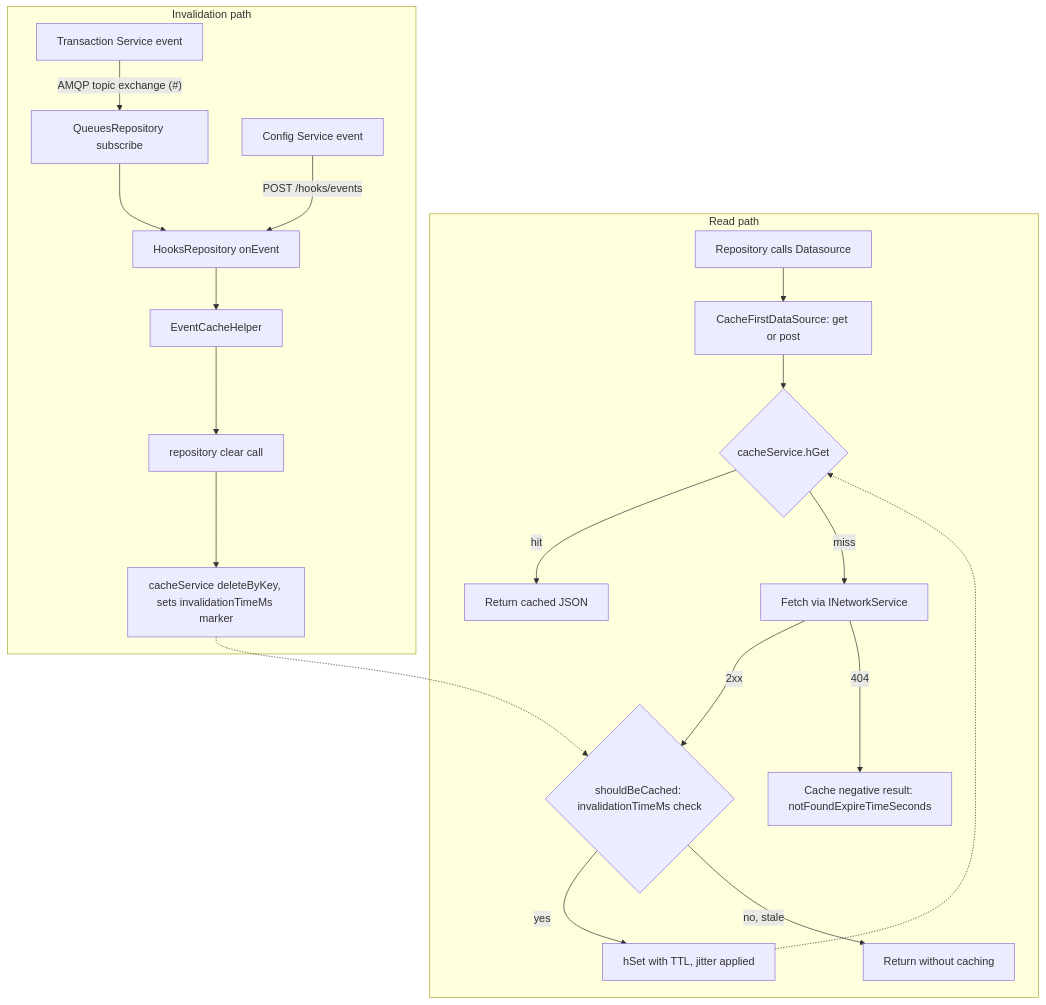
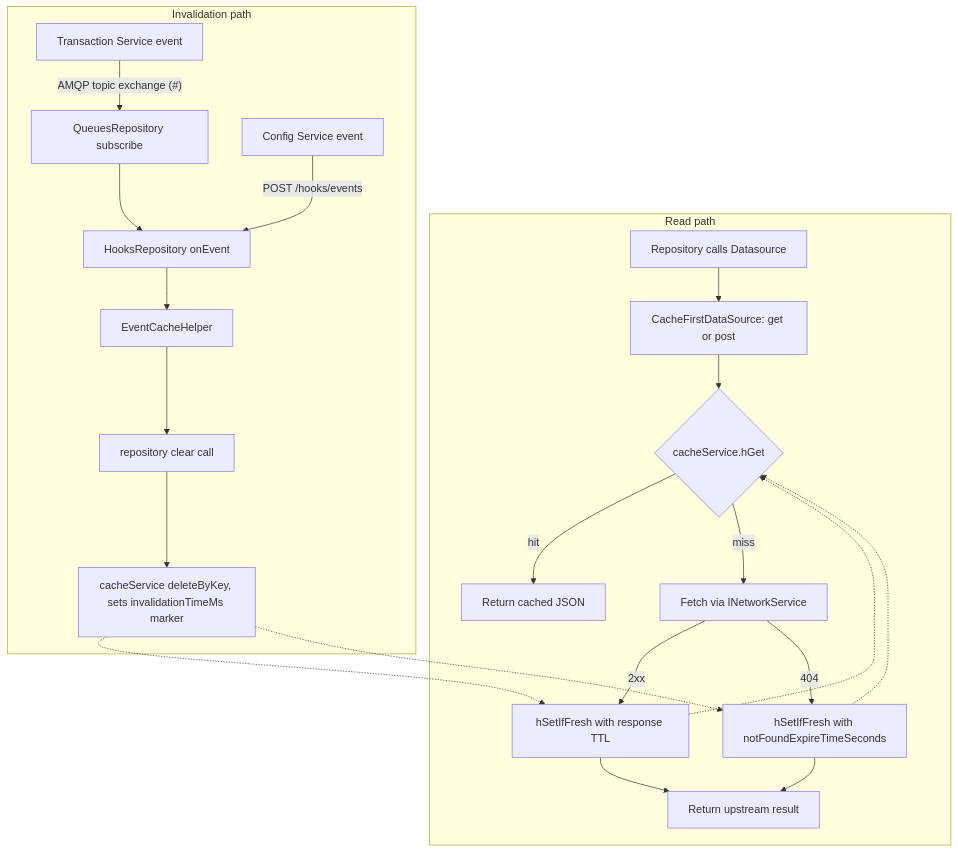
The second of 2 diagrams in docs/agents/ARCHITECTURE.md (safe-global/safe-client-gateway), drawn with Mermaid before and after one commit. The commit also changed other lines of this file and 3 other files, not shown here.

````diff
--- a/docs/agents/ARCHITECTURE.md
+++ b/docs/agents/ARCHITECTURE.md
@@ -145,25 +145,27 @@
 ```mermaid
 flowchart TD
     subgraph Read["Read path"]
         A["Repository calls Datasource"] --> B["CacheFirstDataSource: get or post"]
         B --> C{"cacheService.hGet"}
         C -->|hit| D["Return cached JSON"]
         C -->|miss| E["Fetch via INetworkService"]
-        E -->|2xx| F{"shouldBeCached: invalidationTimeMs check"}
-        F -->|yes| G["hSet with TTL, jitter applied"]
-        F -->|no, stale| H["Return without caching"]
-        E -->|404| I["Cache negative result: notFoundExpireTimeSeconds"]
+        E -->|2xx| F["hSetIfFresh with response TTL"]
+        E -->|404| I["hSetIfFresh with notFoundExpireTimeSeconds"]
+        F --> H["Return upstream result"]
+        I --> H
     end
 
     subgraph Invalidate["Invalidation path"]
         J["Transaction Service event"] -->|"AMQP topic exchange (#)"| K["QueuesRepository subscribe"]
         K --> L["HooksRepository onEvent"]
         P["Config Service event"] -->|"POST /hooks/events"| L
         L --> M["EventCacheHelper"]
         M --> N["repository clear call"]
         N --> O["cacheService deleteByKey, sets invalidationTimeMs marker"]
     end
 
-    G -.-> C
+    F -.-> C
+    I -.-> C
     O -.-> F
+    O -.-> I
 ```
````
